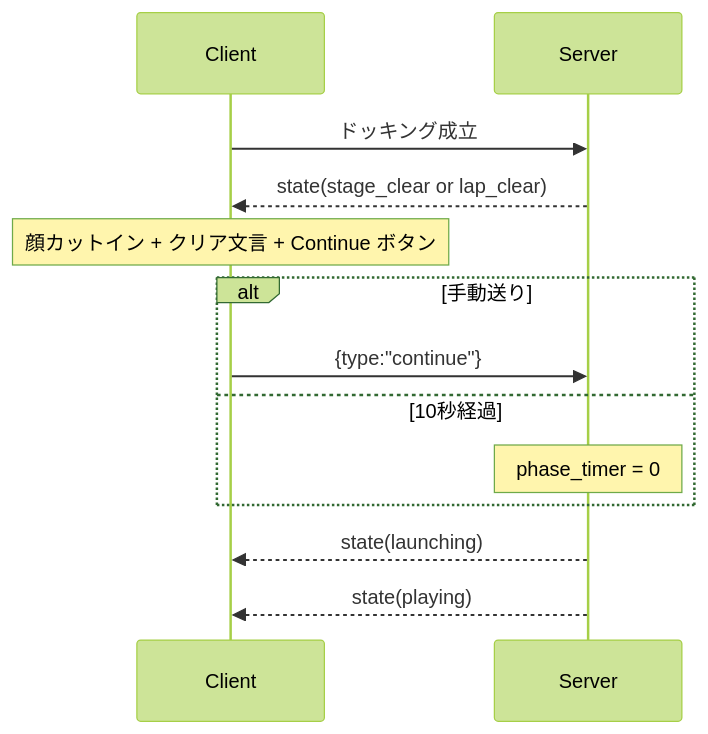
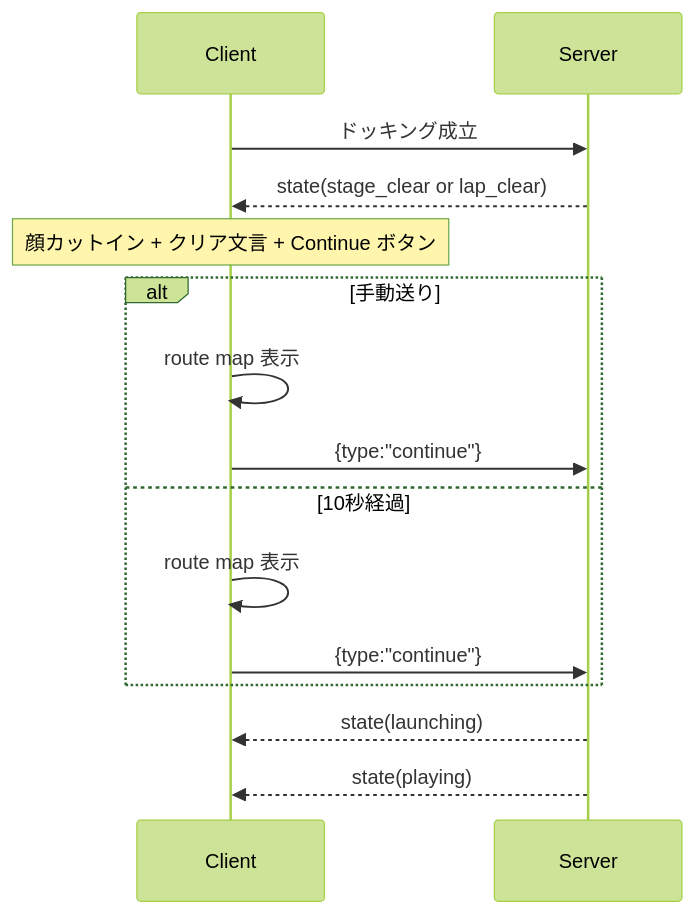
Before and after one commit to ssnshino/rust-sandbox: the second of 3 diagrams in docs/truckers.md, drawn with Mermaid (forest theme). The commit also changed other lines of this file and 8 other files, not shown here.

Commit message:
feat(truckers): add route map and polish stage flow

````diff
--- a/docs/truckers.md
+++ b/docs/truckers.md
@@ -177,16 +182,18 @@
 ```mermaid
 sequenceDiagram
     participant C as Client
     participant S as Server
 
     C->>S: ドッキング成立
     S-->>C: state(stage_clear or lap_clear)
     Note over C: 顔カットイン + クリア文言 + Continue ボタン
     alt 手動送り
+        C->>C: route map 表示
         C->>S: {type:"continue"}
     else 10秒経過
-        Note over S: phase_timer = 0
+        C->>C: route map 表示
+        C->>S: {type:"continue"}
     end
     S-->>C: state(launching)
     S-->>C: state(playing)
 ```
````
